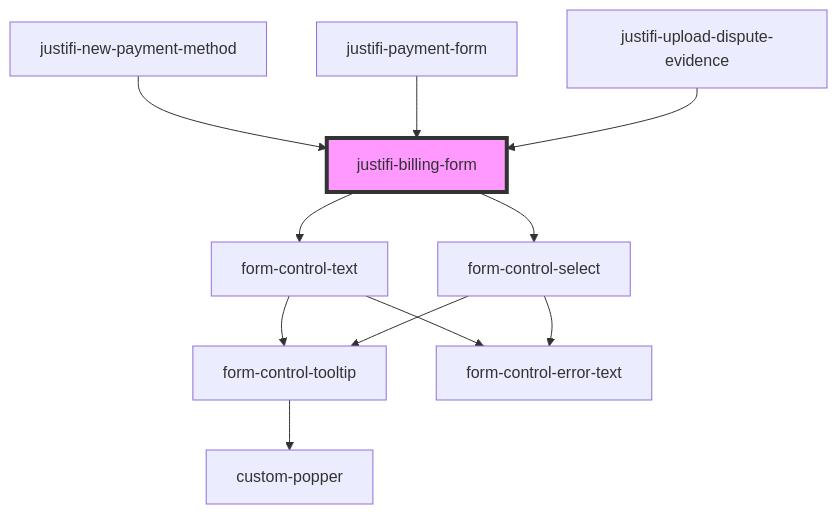
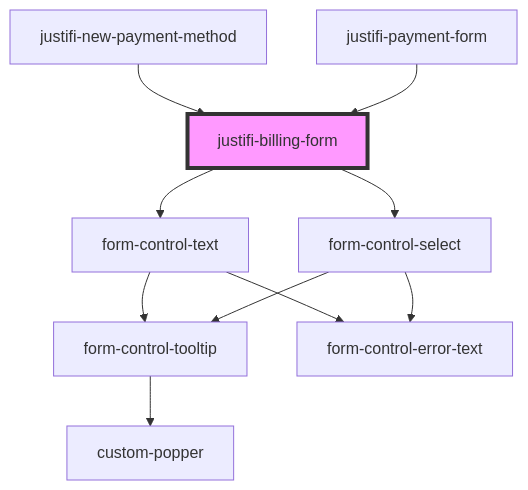
One commit to justifi-tech/web-component-library changed the diagram in packages/webcomponents/src/components/billing-form/readme.md. Above: the diagram before and after it, drawn with Mermaid. The commit also changed other lines of this file and 15 other files, not shown here.

````diff
--- a/packages/webcomponents/src/components/billing-form/readme.md
+++ b/packages/webcomponents/src/components/billing-form/readme.md
@@ -68,14 +67,13 @@
 ```mermaid
 graph TD;
   justifi-billing-form --> form-control-text
   justifi-billing-form --> form-control-select
   form-control-text --> form-control-tooltip
   form-control-text --> form-control-error-text
   form-control-tooltip --> custom-popper
   form-control-select --> form-control-tooltip
   form-control-select --> form-control-error-text
   justifi-new-payment-method --> justifi-billing-form
   justifi-payment-form --> justifi-billing-form
-  justifi-upload-dispute-evidence --> justifi-billing-form
   style justifi-billing-form fill:#f9f,stroke:#333,stroke-width:4px
 ```
````
